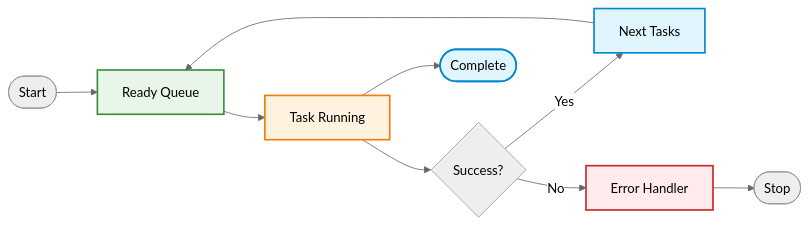
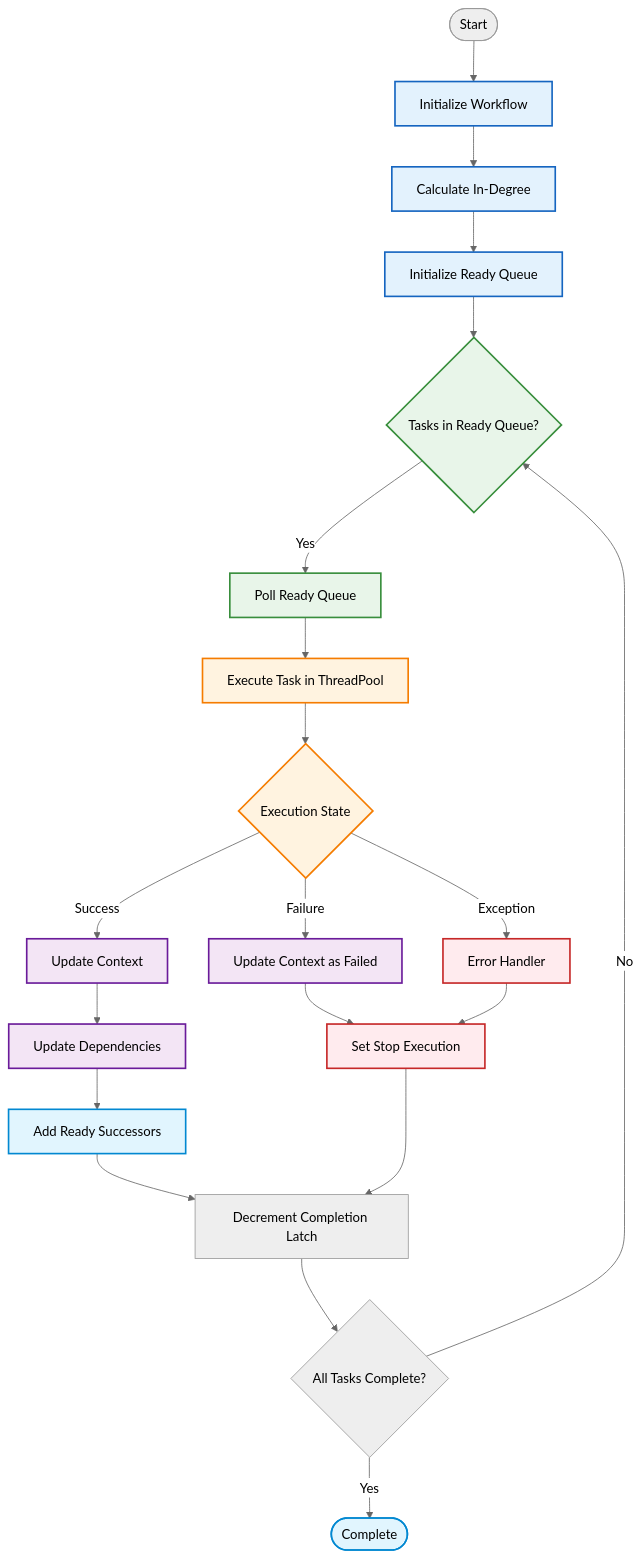
Before and after one commit to pyenoma/workflow-library: the fourth of 5 diagrams in README.md, drawn with Mermaid (neutral theme). The commit also changed other lines of this file, not shown here.

Commit message:
enhance workflow execution model

````diff
--- a/README.md
+++ b/README.md
@@ -357,24 +354,49 @@
 ```mermaid
-graph LR
+graph TB
 %% Styles
-   classDef ready fill:#e8f5e9,stroke:#388e3c,stroke-width:2px
-   classDef running fill:#fff3e0,stroke:#f57c00,stroke-width:2px
-   classDef completed fill:#e1f5fe,stroke:#0288d1,stroke-width:2px
+   classDef init fill:#e3f2fd,stroke:#1565c0,stroke-width:2px
+   classDef queue fill:#e8f5e9,stroke:#388e3c,stroke-width:2px
+   classDef process fill:#fff3e0,stroke:#f57c00,stroke-width:2px
+   classDef state fill:#f3e5f5,stroke:#6a1b9a,stroke-width:2px
    classDef error fill:#ffebee,stroke:#c62828,stroke-width:2px
+   classDef complete fill:#e1f5fe,stroke:#0288d1,stroke-width:2px
 
-%% Nodes
-   Start([Start]) --> Ready[Ready Queue]
-   Ready --> Running[Task Running]
-   Running --> Success{Success?}
-   Success -->|Yes| Next[Next Tasks]
-   Success -->|No| Error[Error Handler]
-   Next --> Ready
-   Error --> Stop([Stop])
-   Running --> Complete([Complete])
+%% Initialization Phase
+   Start([Start]) --> Init[Initialize Workflow]
+   Init --> CalcDegree[Calculate In-Degree]
+   CalcDegree --> InitQueue[Initialize Ready Queue]
+   InitQueue --> ReadyCheck{Tasks in Ready Queue?}
 
-%% Styles
-   class Ready ready
-   class Running running
-   class Next,Complete completed
-   class Error error
+%% Processing Phase   
+   ReadyCheck -->|Yes| Poll[Poll Ready Queue]
+   Poll --> TaskExec[Execute Task in ThreadPool]
+
+%% Task Execution Branches
+   TaskExec --> ExecState{Execution State}
+   ExecState -->|Success| UpdateContext[Update Context]
+   ExecState -->|Failure| FailContext[Update Context as Failed]
+   ExecState -->|Exception| ErrorHandler[Error Handler]
+
+%% Success Path
+   UpdateContext --> UpdateDeps[Update Dependencies]
+   UpdateDeps --> AddSuccessors[Add Ready Successors]
+   AddSuccessors --> DecrementLatch[Decrement Completion Latch]
+
+%% Failure Paths
+   FailContext --> StopExec[Set Stop Execution]
+   ErrorHandler --> StopExec
+   StopExec --> DecrementLatch
+
+%% Completion Check
+   DecrementLatch --> CompCheck{All Tasks Complete?}
+   CompCheck -->|No| ReadyCheck
+   CompCheck -->|Yes| Complete([Complete])
+
+%% Styling
+   class Init,CalcDegree,InitQueue init
+   class Poll,ReadyCheck queue
+   class TaskExec,ExecState process
+   class UpdateContext,FailContext,UpdateDeps state
+   class ErrorHandler,StopExec error
+   class Complete,AddSuccessors complete
 ```
````
